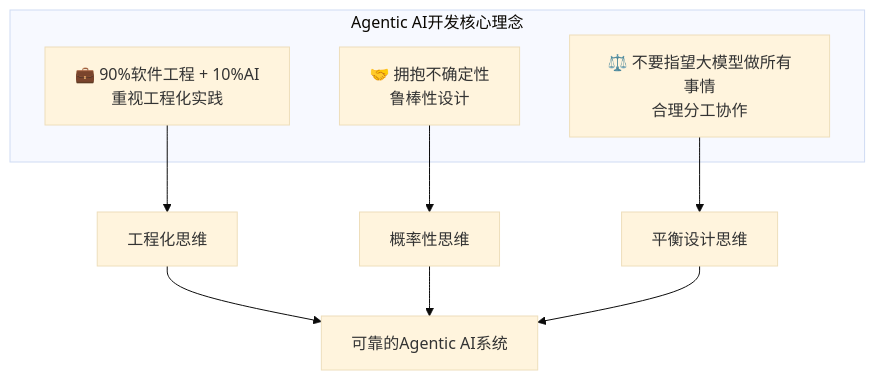
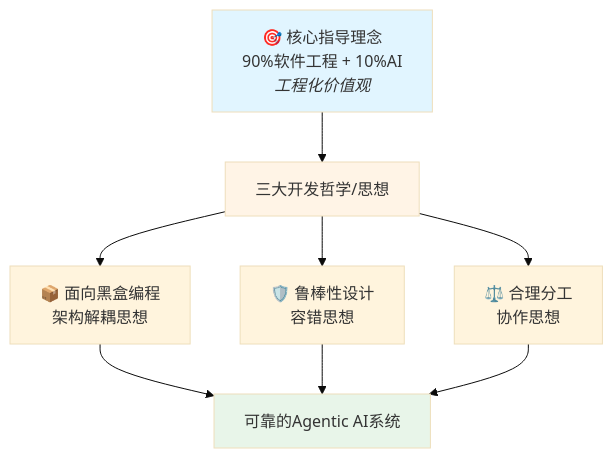
One commit to youyoude/agi-app-dev-guide-book changed the second of 7 diagrams in 第零部分_Agentic_AI应用的基础认知/0.2_为什么需要新的开发理念.md. Above: the diagram before and after it, drawn with Mermaid (base theme). The commit also changed other lines of this file and 4 other files, not shown here.

````diff
--- a/第零部分_Agentic_AI应用的基础认知/0.2_为什么需要新的开发理念.md
+++ b/第零部分_Agentic_AI应用的基础认知/0.2_为什么需要新的开发理念.md
@@ -62,16 +64,18 @@
 ```mermaid
 graph TB
-    subgraph "Agentic AI开发核心理念"
-        A["💼 90%软件工程 + 10%AI<br/>重视工程化实践"]
-        B["🤝 拥抱不确定性<br/>鲁棒性设计"]
-        C["⚖️ 不要指望大模型做所有事情<br/>合理分工协作"]
-    end
+    A["🎯 核心指导理念<br/>90%软件工程 + 10%AI<br/><i>工程化价值观</i>"]
     
-    A --> D[工程化思维]
-    B --> E[概率性思维]
-    C --> F[平衡设计思维]
+    A --> B["三大开发哲学/思想"]
     
-    D --> G[可靠的Agentic AI系统]
-    E --> G
-    F --> G
+    B --> C["📦 面向黑盒编程<br/>架构解耦思想"]
+    B --> D["🛡️ 鲁棒性设计<br/>容错思想"]
+    B --> E["⚖️ 合理分工<br/>协作思想"]
+    
+    C --> F[可靠的Agentic AI系统]
+    D --> F
+    E --> F
+    
+    style A fill:#e1f5ff
+    style B fill:#fff4e6
+    style F fill:#e8f5e9
 ```
````
